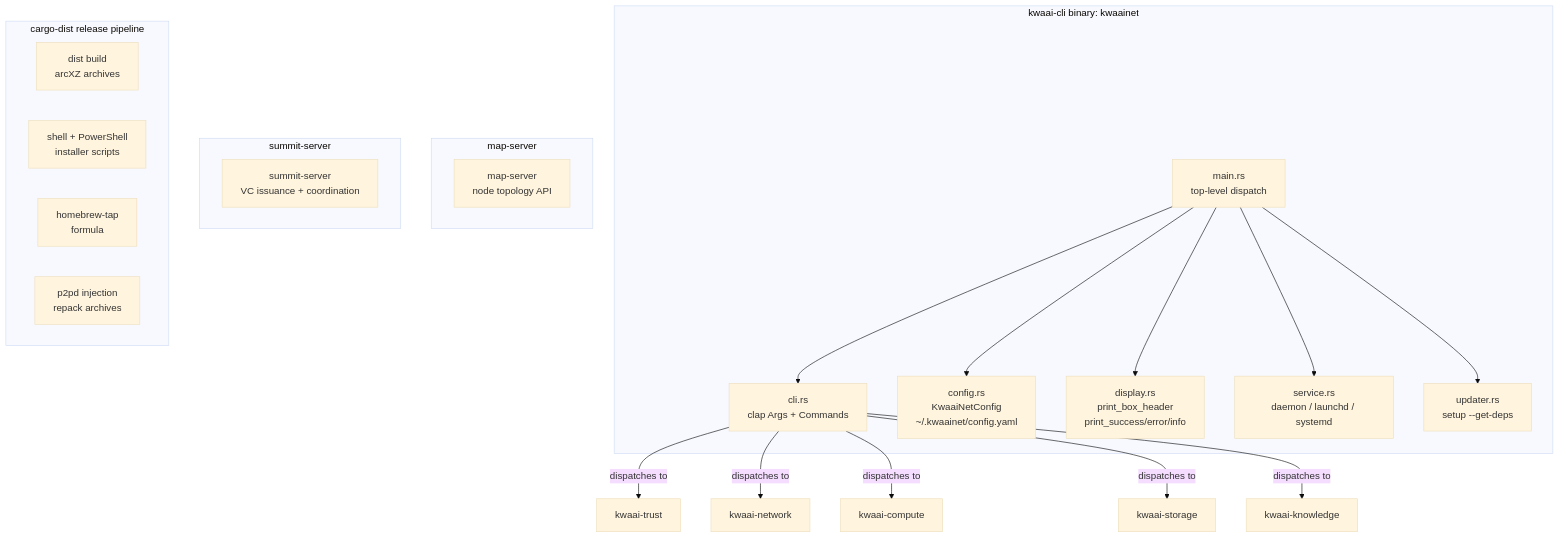
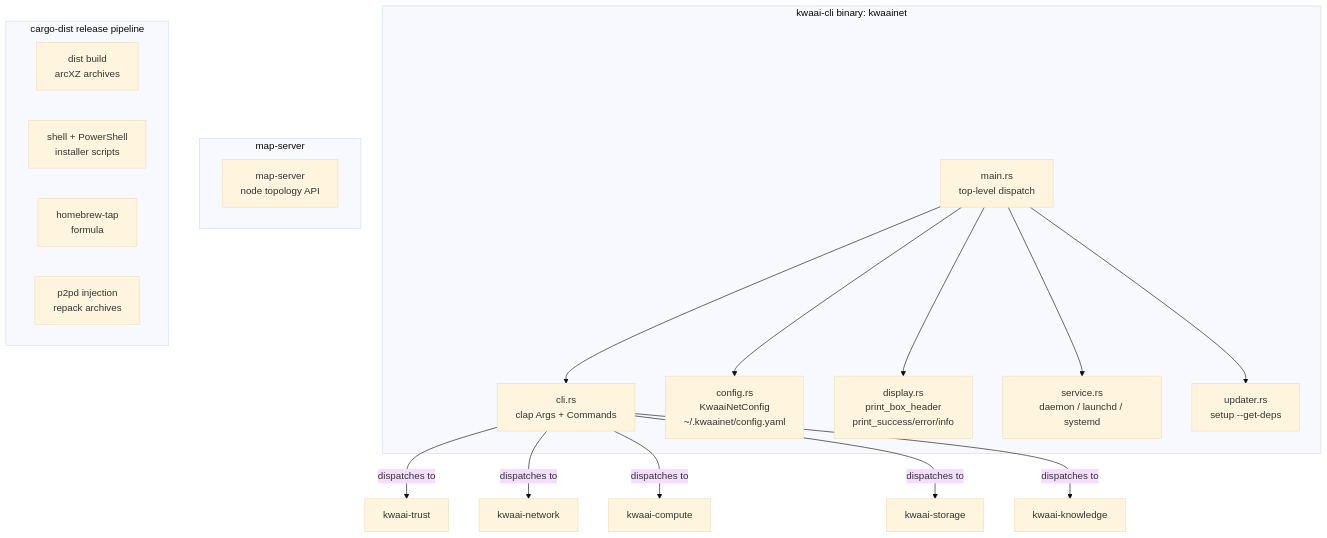
Before and after one commit to Kwaai-AI-Lab/KwaaiNet: the first of 2 diagrams in projects/kwaai-platform/design/overview.md, drawn with Mermaid (base theme). The commit also changed 28 other files, not shown here.

First line of the commit message:
chore: remove summit-server crate and purge Verida/VDA references

````diff
--- a/projects/kwaai-platform/design/overview.md
+++ b/projects/kwaai-platform/design/overview.md
@@ -17,38 +17,34 @@
 ```mermaid
 graph TD
     subgraph kwaai-cli [kwaai-cli binary: kwaainet]
         Main[main.rs\ntop-level dispatch]
         CLI[cli.rs\nclap Args + Commands]
         Config[config.rs\nKwaaiNetConfig\n~/.kwaainet/config.yaml]
         Display[display.rs\nprint_box_header\nprint_success/error/info]
         Service[service.rs\ndaemon / launchd / systemd]
         Updater[updater.rs\nsetup --get-deps]
 
         Main --> CLI
         Main --> Config
         Main --> Display
         Main --> Service
         Main --> Updater
     end
 
     subgraph map-server
         MapServer[map-server\nnode topology API]
     end
 
-    subgraph summit-server
-        Summit[summit-server\nVC issuance + coordination]
-    end
-
     subgraph Release [cargo-dist release pipeline]
         DistBuild[dist build\narcXZ archives]
         Installers[shell + PowerShell\ninstaller scripts]
         Homebrew[homebrew-tap\nformula]
         P2PDInject[p2pd injection\nrepack archives]
     end
 
     CLI --> |dispatches to| TRUST[kwaai-trust]
     CLI --> |dispatches to| NET[kwaai-network]
     CLI --> |dispatches to| COMP[kwaai-compute]
     CLI --> |dispatches to| STOR[kwaai-storage]
     CLI --> |dispatches to| KNOW[kwaai-knowledge]
 ```
````
